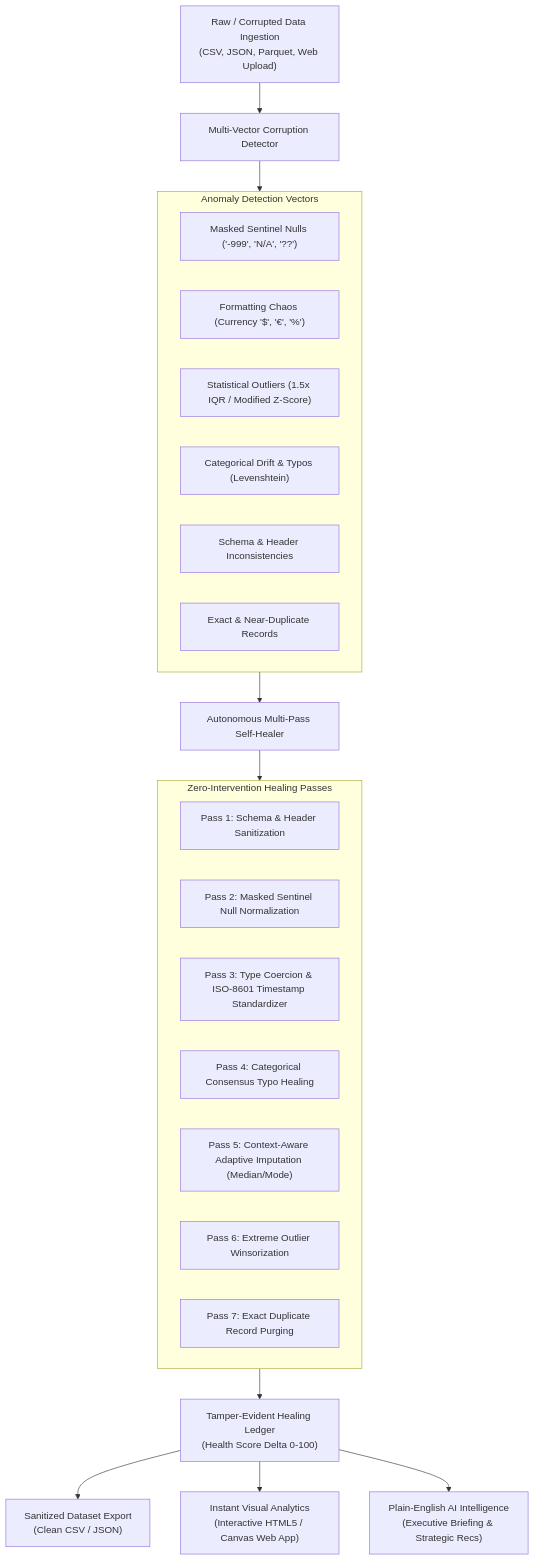
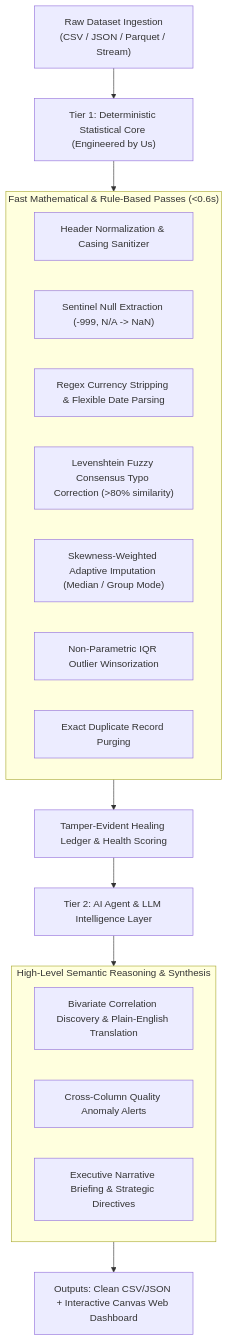
The diagram in README.md (deepakgoyal-dev/AutoHeal-AI), drawn with Mermaid before and after one commit. The commit also changed other lines of this file and 4 other files, not shown here.

Commit message:
docs: craft human-engineered README detailing hybrid architecture, engineering trade-offs, and team contributions

````diff
--- a/README.md
+++ b/README.md
@@ -24,31 +54,28 @@
 ```mermaid
 flowchart TD
-    A["Raw / Corrupted Data Ingestion<br/>(CSV, JSON, Parquet, Web Upload)"] --> B["Multi-Vector Corruption Detector"]
+    Raw["Raw Dataset Ingestion<br/>(CSV / JSON / Parquet / Stream)"] --> T1["Tier 1: Deterministic Statistical Core (Engineered by Us)"]
     
-    subgraph S1["Anomaly Detection Vectors"]
-        B1["Masked Sentinel Nulls ('-999', 'N/A', '??')"]
-        B2["Formatting Chaos (Currency '$', '€', '%')"]
-        B3["Statistical Outliers (1.5x IQR / Modified Z-Score)"]
-        B4["Categorical Drift & Typos (Levenshtein)"]
-        B5["Schema & Header Inconsistencies"]
-        B6["Exact & Near-Duplicate Records"]
+    subgraph T1Detail["Fast Mathematical & Rule-Based Passes (<0.6s)"]
+        P1["Header Normalization & Casing Sanitizer"]
+        P2["Sentinel Null Extraction (-999, N/A -> NaN)"]
+        P3["Regex Currency Stripping & Flexible Date Parsing"]
+        P4["Levenshtein Fuzzy Consensus Typo Correction (>80% similarity)"]
+        P5["Skewness-Weighted Adaptive Imputation (Median / Group Mode)"]
+        P6["Non-Parametric IQR Outlier Winsorization"]
+        P7["Exact Duplicate Record Purging"]
     end
-    B --> S1
-    S1 --> C["Autonomous Multi-Pass Self-Healer"]
     
-    subgraph S2["Zero-Intervention Healing Passes"]
-        C1["Pass 1: Schema & Header Sanitization"]
-        C2["Pass 2: Masked Sentinel Null Normalization"]
-        C3["Pass 3: Type Coercion & ISO-8601 Timestamp Standardizer"]
-        C4["Pass 4: Categorical Consensus Typo Healing"]
-        C5["Pass 5: Context-Aware Adaptive Imputation (Median/Mode)"]
-        C6["Pass 6: Extreme Outlier Winsorization"]
-        C7["Pass 7: Exact Duplicate Record Purging"]
+    T1 --> T1Detail
+    T1Detail --> Ledger["Tamper-Evident Healing Ledger & Health Scoring"]
+    
+    Ledger --> T2["Tier 2: AI Agent & LLM Intelligence Layer"]
+    
+    subgraph T2Detail["High-Level Semantic Reasoning & Synthesis"]
+        L1["Bivariate Correlation Discovery & Plain-English Translation"]
+        L2["Cross-Column Quality Anomaly Alerts"]
+        L3["Executive Narrative Briefing & Strategic Directives"]
     end
-    C --> S2
-    S2 --> D["Tamper-Evident Healing Ledger<br/>(Health Score Delta 0-100)"]
     
-    D --> E1["Sanitized Dataset Export<br/>(Clean CSV / JSON)"]
-    D --> E2["Instant Visual Analytics<br/>(Interactive HTML5 / Canvas Web App)"]
-    D --> E3["Plain-English AI Intelligence<br/>(Executive Briefing & Strategic Recs)"]
+    T2 --> T2Detail
+    T2Detail --> Out["Outputs: Clean CSV/JSON + Interactive Canvas Web Dashboard"]
 ```
````
